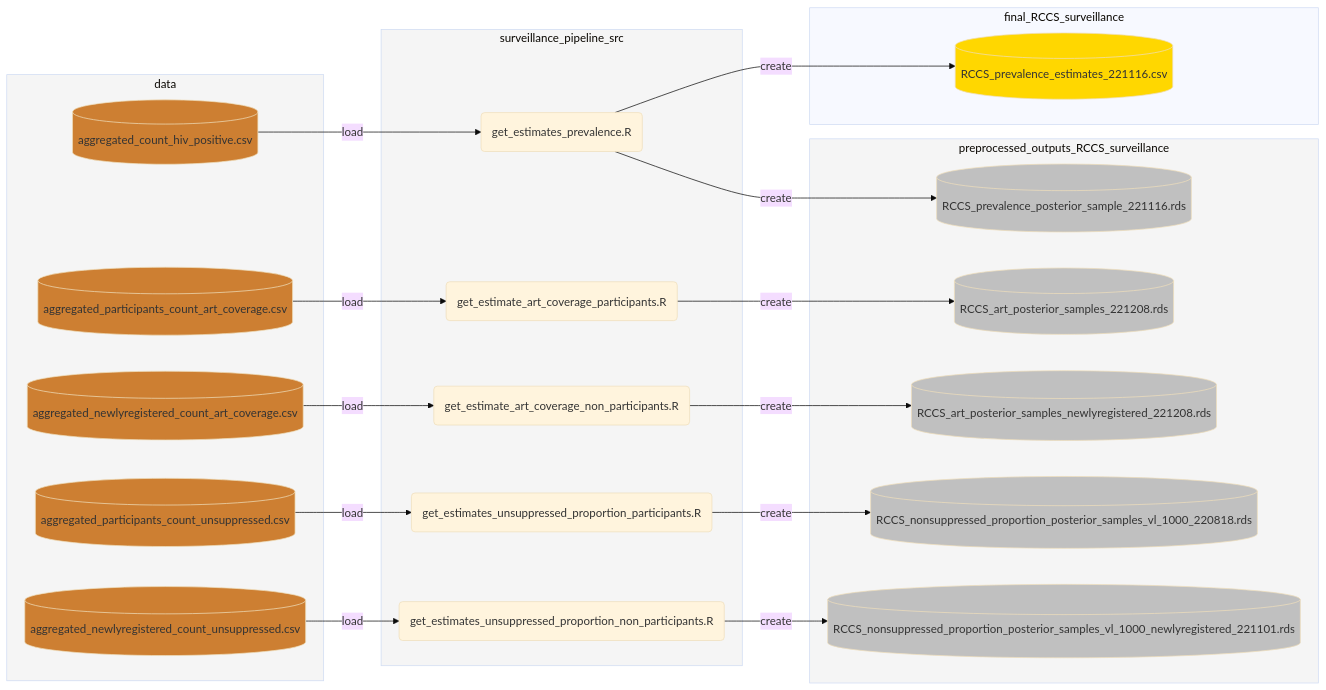
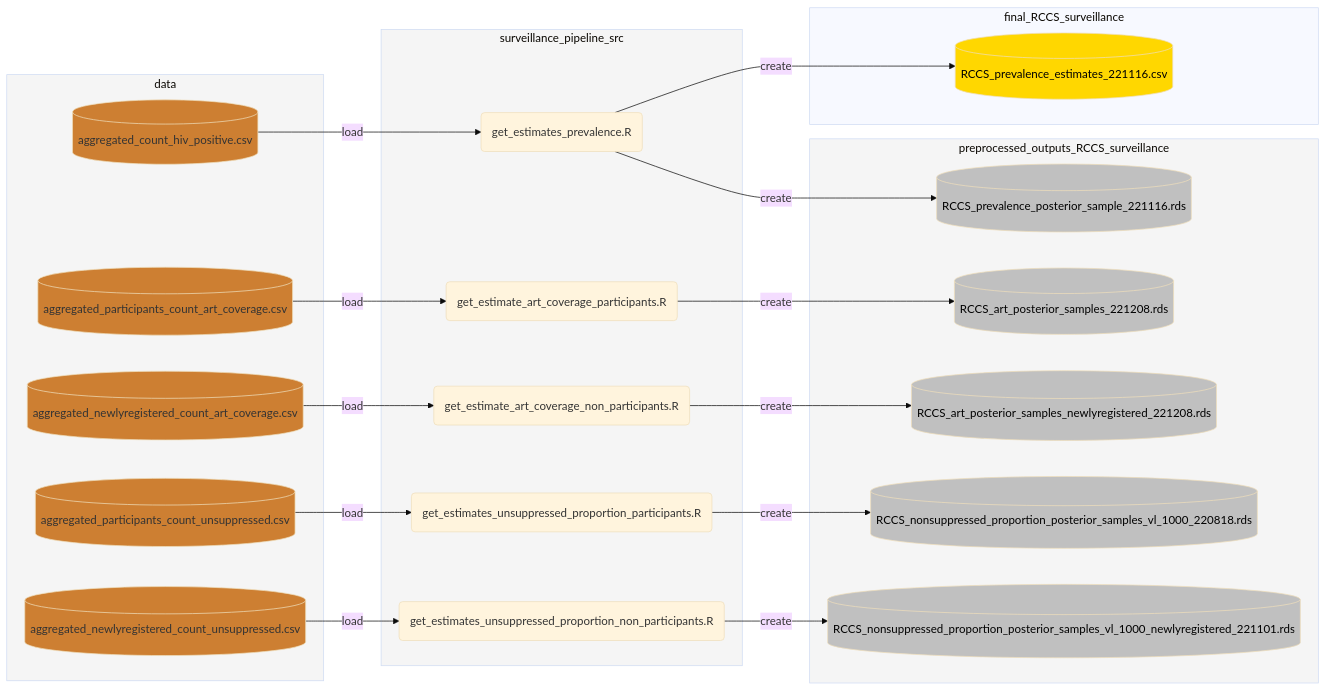
One commit to MLGlobalHealth/phyloSI-RakaiAgeGender changed the first of 3 diagrams in docs/README.md. Above: the diagram before and after it, drawn with Mermaid (base theme). The commit also changed other lines of this file, not shown here.

````diff
--- a/docs/README.md
+++ b/docs/README.md
@@ -5,62 +5,68 @@
 ```mermaid
   flowchart LR
     subgraph data
       d5[(aggregated_count_hiv_positive.csv)]
       d1[(aggregated_participants_count_art_coverage.csv)]
       d2[(aggregated_newlyregistered_count_art_coverage.csv)]
       d3[(aggregated_participants_count_unsuppressed.csv)]
       d4[(aggregated_newlyregistered_count_unsuppressed.csv)]
     end
     style d1 fill:#CD7F32
     style d2 fill:#CD7F32
     style d3 fill:#CD7F32
     style d4 fill:#CD7F32
     style d5 fill:#CD7F32
     style data fill:#F5F5F5
 
     subgraph surveillance_pipeline_src
       r5(get_estimates_prevalence.R)
       r1(get_estimate_art_coverage_participants.R)
       r2(get_estimate_art_coverage_non_participants.R)
       r3(get_estimates_unsuppressed_proportion_participants.R)
       r4(get_estimates_unsuppressed_proportion_non_participants.R)
     end
     style surveillance_pipeline_src fill:#F5F5F5
 
     subgraph preprocessed_outputs_RCCS_surveillance
       f5[(RCCS_prevalence_posterior_sample_221116.rds)]
       
       f1[(RCCS_art_posterior_samples_221208.rds)]
       f2[(RCCS_art_posterior_samples_newlyregistered_221208.rds)] 
       f3[(RCCS_nonsuppressed_proportion_posterior_samples_vl_1000_220818.rds)]
       f4[(RCCS_nonsuppressed_proportion_posterior_samples_vl_1000_newlyregistered_221101.rds)]      
     end
 
     subgraph final_RCCS_surveillance
       f6[(RCCS_prevalence_estimates_221116.csv)]
     end
 
+    style f1 color:#000000
+    style f2 color:#000000
+    style f3 color:#000000
+    style f4 color:#000000
+    style f5 color:#000000
+    style f6 color:#000000
     style f1 fill:#C0C0C0
     style f2 fill:#C0C0C0
     style f3 fill:#C0C0C0
     style f4 fill:#C0C0C0
     style f5 fill:#C0C0C0
     style f6 fill:#FFD700
     style preprocessed_outputs_RCCS_surveillance fill:#F5F5F5
 
     d1 -- load --> r1
     r1 -- create --> f1
 
     d2 -- load --> r2
     r2 -- create --> f2
 
     d3 -- load --> r3
     r3 -- create --> f3
 
     d4 -- load --> r4
     r4 -- create --> f4
 
     d5 -- load --> r5
     r5 -- create --> f5
     r5 -- create --> f6
 ```
````
